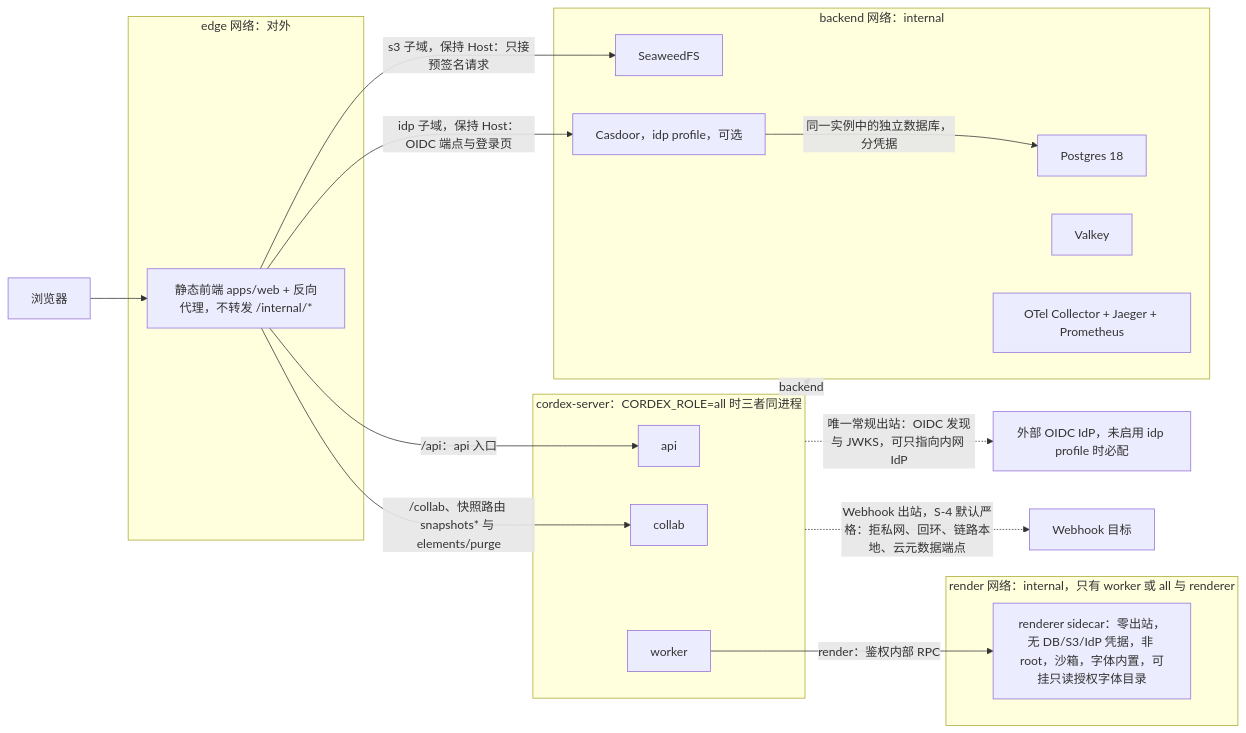
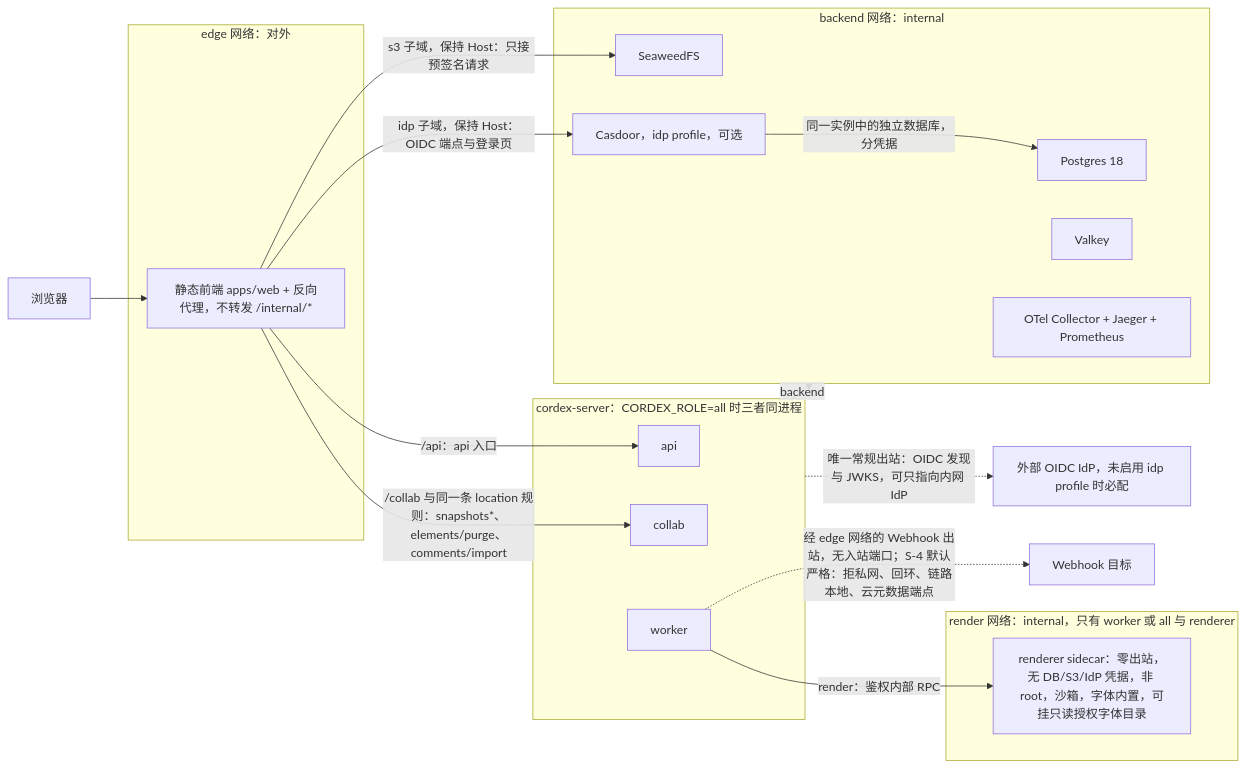
The diagram in docs/30-architecture/adr/0037-deployment-topology-and-packaging.md (Xeonice/cordis-ppt-editor), drawn with Mermaid before and after one commit. The commit also changed other lines of this file and 79 other files, not shown here.

````diff
--- a/docs/30-architecture/adr/0037-deployment-topology-and-packaging.md
+++ b/docs/30-architecture/adr/0037-deployment-topology-and-packaging.md
@@ -91,31 +91,31 @@
 ```mermaid
 flowchart LR
   browser["浏览器"] --> proxy
   subgraph edgeNet["edge 网络：对外"]
     proxy["静态前端 apps/web + 反向代理，不转发 /internal/*"]
   end
   subgraph appRoles["cordex-server：CORDEX_ROLE=all 时三者同进程"]
     apiRole["api"]
     collabRole["collab"]
     workerRole["worker"]
   end
   proxy -- "/api：api 入口" --> apiRole
-  proxy -- "/collab、快照路由 snapshots* 与 elements/purge" --> collabRole
+  proxy -- "/collab 与同一条 location 规则：snapshots*、elements/purge、comments/import" --> collabRole
   subgraph backendNet["backend 网络：internal"]
     pg["Postgres 18"]
     valkey["Valkey"]
     seaweed["SeaweedFS"]
     casdoor["Casdoor，idp profile，可选"]
     obs["OTel Collector + Jaeger + Prometheus"]
   end
   proxy -- "idp 子域，保持 Host：OIDC 端点与登录页" --> casdoor
   proxy -- "s3 子域，保持 Host：只接预签名请求" --> seaweed
   appRoles -- "backend" --> backendNet
   casdoor -- "同一实例中的独立数据库，分凭据" --> pg
   subgraph renderNet["render 网络：internal，只有 worker 或 all 与 renderer"]
     renderer["renderer sidecar：零出站，无 DB/S3/IdP 凭据，非 root，沙箱，字体内置，可挂只读授权字体目录"]
   end
   workerRole -- "render：鉴权内部 RPC" --> renderer
   appRoles -. "唯一常规出站：OIDC 发现与 JWKS，可只指向内网 IdP" .-> extIdp["外部 OIDC IdP，未启用 idp profile 时必配"]
-  appRoles -. "Webhook 出站，S-4 默认严格：拒私网、回环、链路本地、云元数据端点" .-> webhook["Webhook 目标"]
+  workerRole -. "经 edge 网络的 Webhook 出站，无入站端口；S-4 默认严格：拒私网、回环、链路本地、云元数据端点" .-> webhook["Webhook 目标"]
 ```
````
